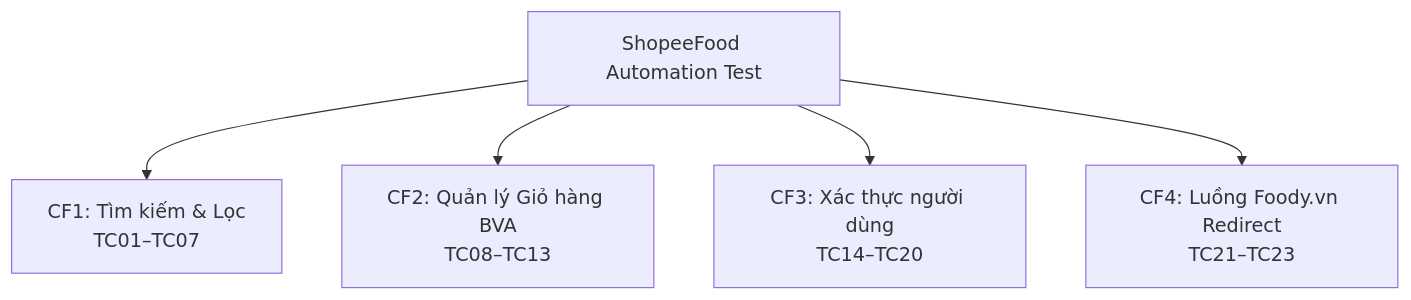
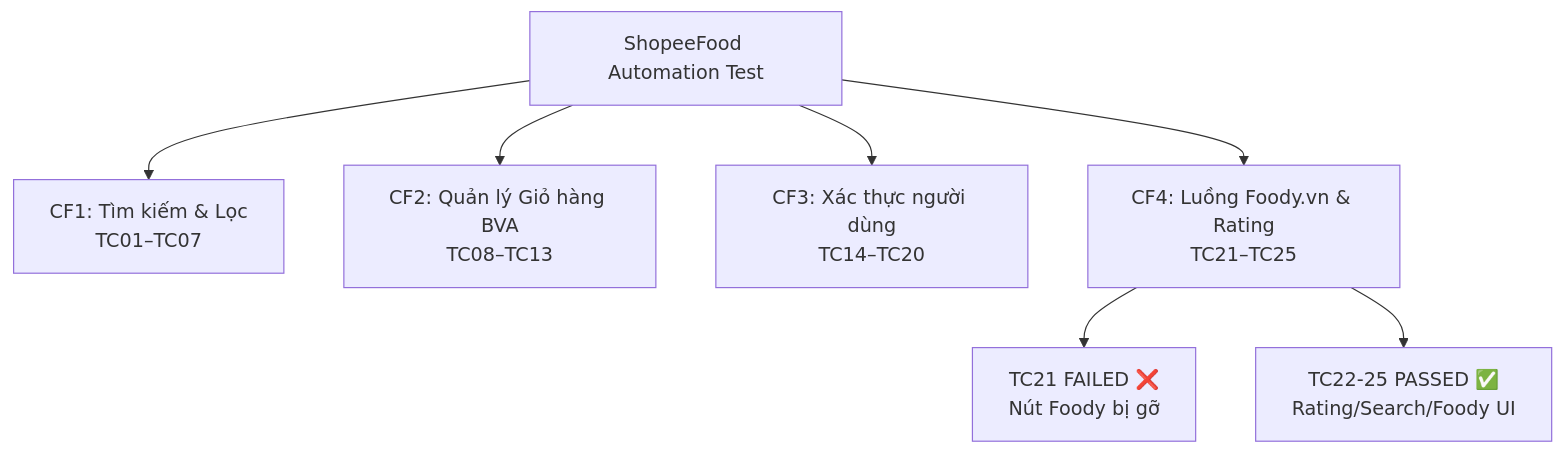
One commit to Ngocngoc12/Embedded-Software-Testing changed the diagram in README.md. Above: the diagram before and after it, drawn with Mermaid. The commit also changed other lines of this file and 2 other files, not shown here.

Commit message:
feat(CF4): nang cap 5 TCs (TC21-TC25) - FAILED co chu dich + kiem tra Rating/Search/Foody UI

````diff
--- a/README.md
+++ b/README.md
@@ -12,7 +12,9 @@
 ```mermaid
 graph TD
     A[ShopeeFood Automation Test] --> B[CF1: Tìm kiếm & Lọc<br/>TC01–TC07]
     A --> C[CF2: Quản lý Giỏ hàng BVA<br/>TC08–TC13]
     A --> D[CF3: Xác thực người dùng<br/>TC14–TC20]
-    A --> E[CF4: Luồng Foody.vn Redirect<br/>TC21–TC23]
+    A --> E[CF4: Luồng Foody.vn & Rating<br/>TC21–TC25]
+    E --> F[TC21 FAILED ❌<br/>Nút Foody bị gỡ]
+    E --> G[TC22-25 PASSED ✅<br/>Rating/Search/Foody UI]
 ```
````
